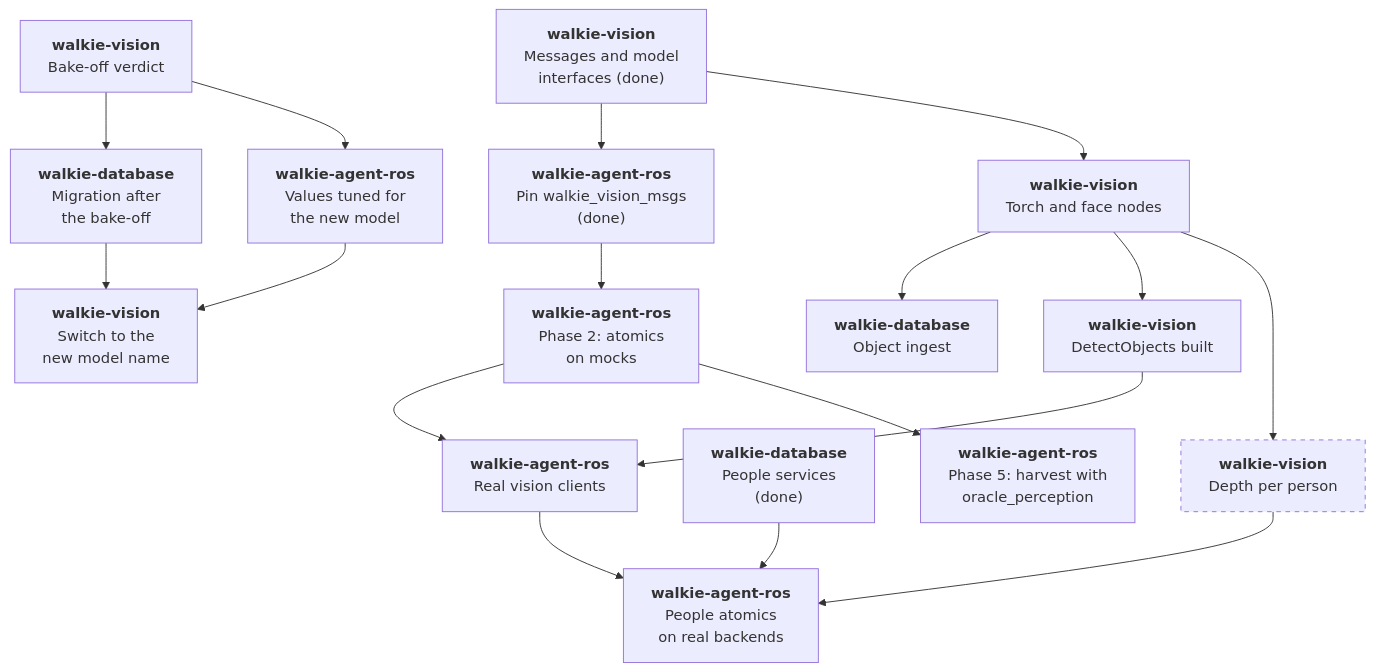
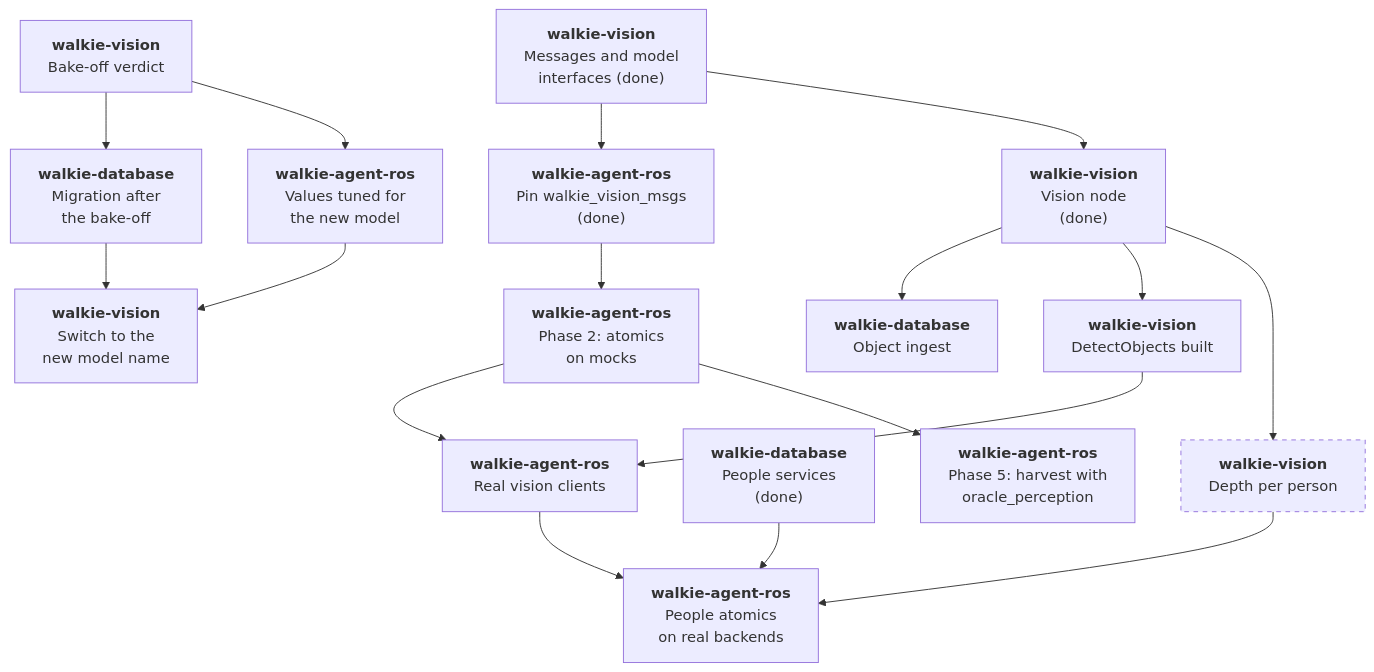
The fourth of 4 diagrams in docs/architecture/perception.md (EIC-Robocup-2026/walkie-agent-ros), drawn with Mermaid before and after one commit. The commit also changed other lines of this file and 21 other files, not shown here.

````diff
--- a/docs/architecture/perception.md
+++ b/docs/architecture/perception.md
@@ -361,36 +357,36 @@
 ```mermaid
 flowchart TB
     v0["<b>walkie-vision</b><br/>Messages and model<br/>interfaces (done)"]
-    v1["<b>walkie-vision</b><br/>Torch and face nodes"]
+    v1["<b>walkie-vision</b><br/>Vision node<br/>(done)"]
     v2["<b>walkie-vision</b><br/>Bake-off verdict"]
     v3["<b>walkie-vision</b><br/>DetectObjects built"]
     v4["<b>walkie-vision</b><br/>Depth per person"]:::proposed
     v5["<b>walkie-vision</b><br/>Switch to the<br/>new model name"]
     d1["<b>walkie-database</b><br/>Object ingest"]
     d2["<b>walkie-database</b><br/>Migration after<br/>the bake-off"]
     d3["<b>walkie-database</b><br/>People services<br/>(done)"]
     a0["<b>walkie-agent-ros</b><br/>Pin walkie_vision_msgs<br/>(done)"]
     a1["<b>walkie-agent-ros</b><br/>Phase 2: atomics<br/>on mocks"]
     a2["<b>walkie-agent-ros</b><br/>Real vision clients"]
     a3["<b>walkie-agent-ros</b><br/>Values tuned for<br/>the new model"]
     a4["<b>walkie-agent-ros</b><br/>People atomics<br/>on real backends"]
     a5["<b>walkie-agent-ros</b><br/>Phase 5: harvest with<br/>oracle_perception"]
 
     v0 --> a0 --> a1
     v0 --> v1
     v1 --> d1
     v1 --> v3
     v1 --> v4
     v3 --> a2
     a1 --> a2
     a1 --> a5
     v2 --> d2
     v2 --> a3
     d2 --> v5
     a3 --> v5
     v4 --> a4
     d3 --> a4
     a2 --> a4
 
     classDef proposed stroke-dasharray: 5 5;
 ```
````
